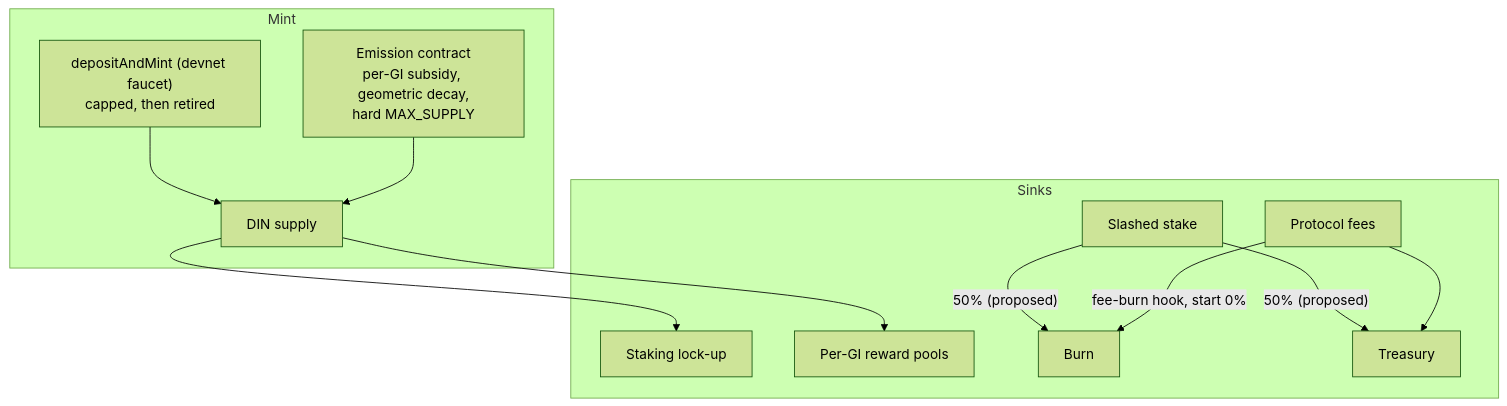
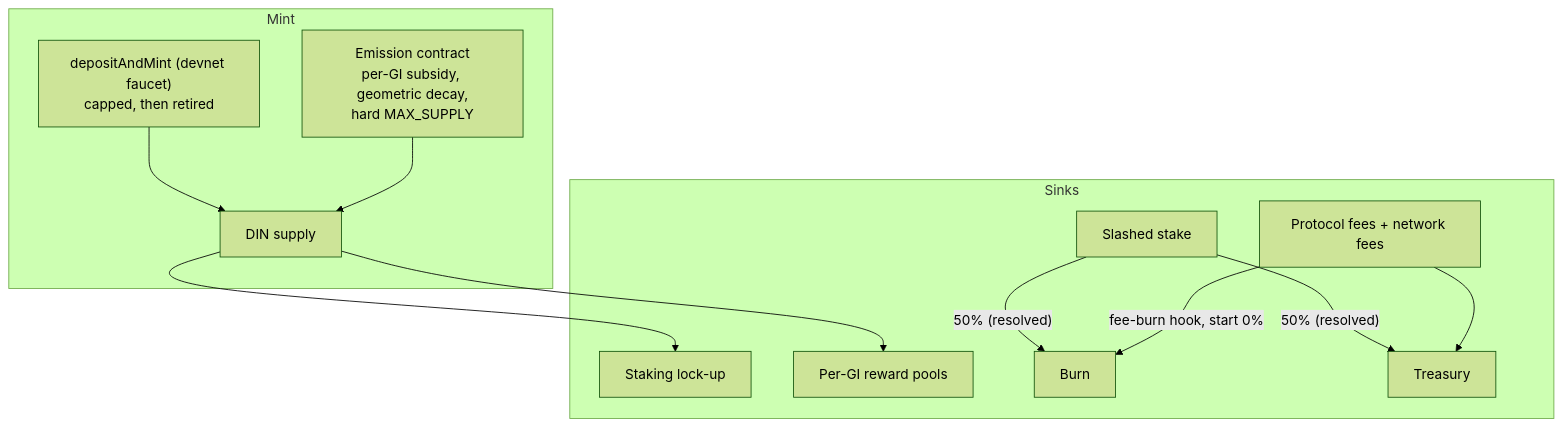
One commit to InfiniteZeroFoundation/DevNet changed the second of 2 diagrams in Developer/design/tokenomics-design.md. Above: the diagram before and after it, drawn with Mermaid (forest theme). The commit also changed other lines of this file and 3 other files, not shown here.

````diff
--- a/Developer/design/tokenomics-design.md
+++ b/Developer/design/tokenomics-design.md
@@ -53,15 +53,15 @@
 ```mermaid
 flowchart TD
     subgraph Mint
         F["depositAndMint (devnet faucet)\ncapped, then retired"] --> SUP[DIN supply]
         E["Emission contract\nper-GI subsidy, geometric decay,\nhard MAX_SUPPLY"] --> SUP
     end
     subgraph Sinks
         SUP --> STK[Staking lock-up]
         SUP --> POOL[Per-GI reward pools]
-        SLASH["Slashed stake"] -->|"50% (proposed)"| BURN[Burn]
-        SLASH -->|"50% (proposed)"| TRS[Treasury]
-        FEES[Protocol fees] -->|"fee-burn hook, start 0%"| BURN
+        SLASH["Slashed stake"] -->|"50% (resolved)"| BURN[Burn]
+        SLASH -->|"50% (resolved)"| TRS[Treasury]
+        FEES["Protocol fees + network fees"] -->|"fee-burn hook, start 0%"| BURN
         FEES --> TRS
     end
 ```
````
